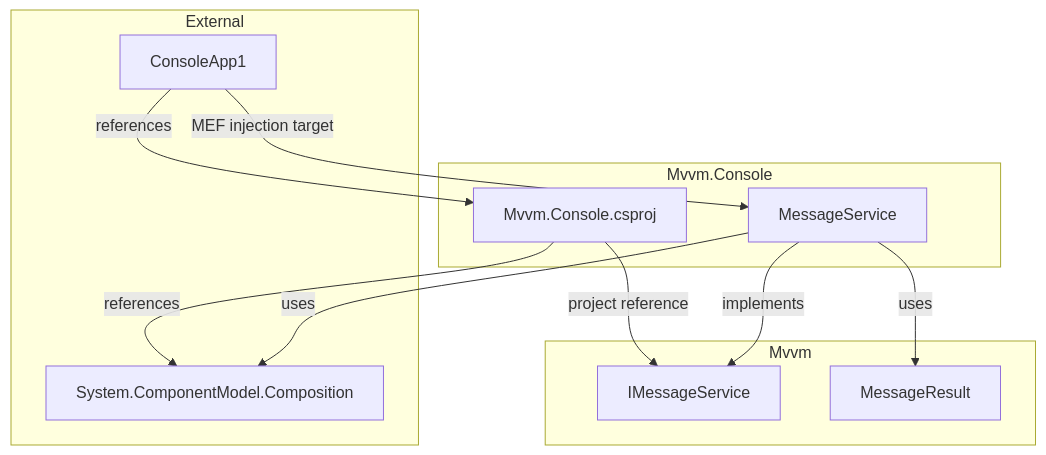
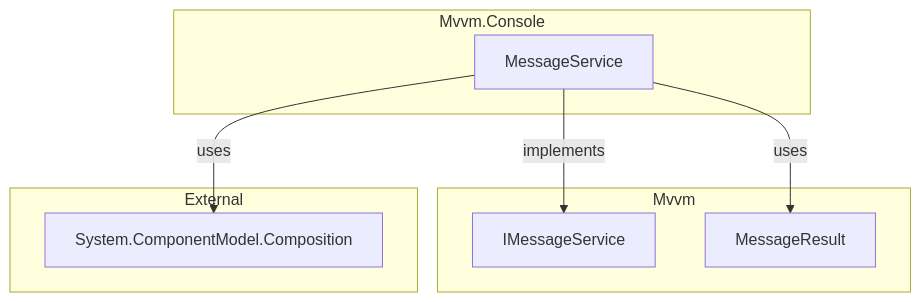
One commit to wetzlmaier-scch/mvvm changed the diagram in doc/Mvvm.Console.md. Above: the diagram before and after it, drawn with Mermaid. The commit also changed other lines of this file and 132 other files, not shown here.

````diff
--- a/doc/Mvvm.Console.md
+++ b/doc/Mvvm.Console.md
@@ -16,25 +15,19 @@
 ```mermaid
 flowchart TD
     subgraph "Mvvm.Console"
         MS[MessageService]
-        CSP[Mvvm.Console.csproj]
     end
-
+    
     subgraph "Mvvm"
         IMS[IMessageService]
         MR[MessageResult]
     end
-
+    
     subgraph "External"
         MEF[System.ComponentModel.Composition]
-        CONS[ConsoleApp1]
     end
-
-    CSP -->|references| MEF
-    CSP -->|project reference| IMS
+    
     MS -->|implements| IMS
+    MS -->|uses| MR
     MS -->|uses| MEF
-    MS -->|uses| MR
-    CONS -->|references| CSP
-    CONS -->|MEF injection target| MS
 ```
````
